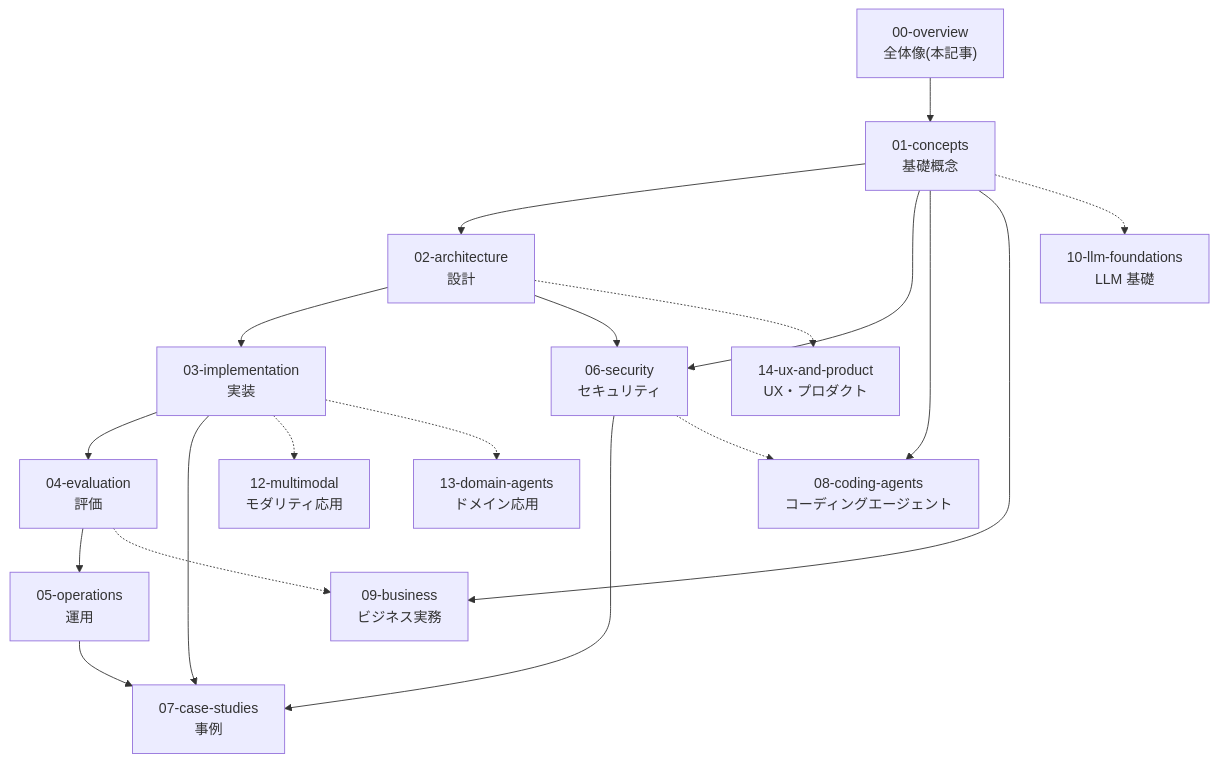
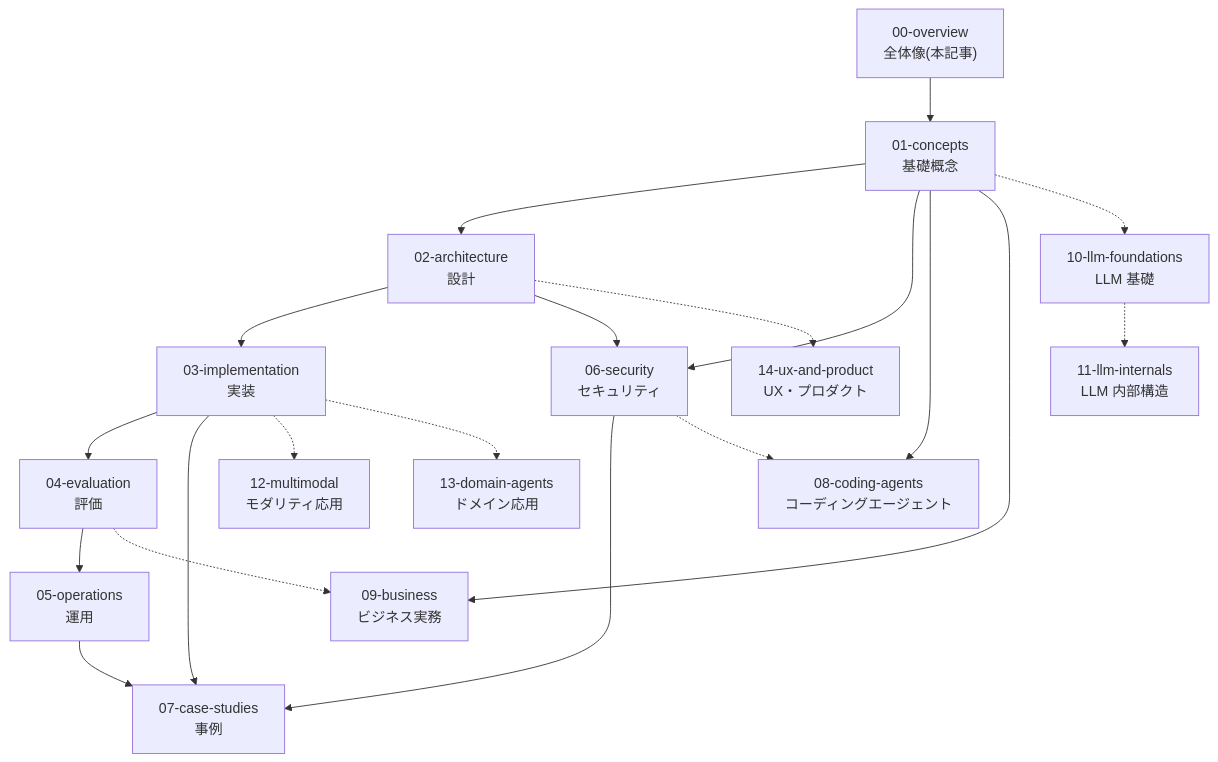
One commit to pero3dev/ai-agent-library changed the diagram in docs/00-overview/learning-roadmap.md. Above: the diagram before and after it, drawn with Mermaid. The commit also changed other lines of this file and 15 other files, not shown here.

First line of the commit message:
Phase U: LLM 内部構造(学術編)完結 — 推論機構・解釈可能性・文脈内学習を追加

````diff
--- a/docs/00-overview/learning-roadmap.md
+++ b/docs/00-overview/learning-roadmap.md
@@ -32,21 +32,22 @@
 ```mermaid
 flowchart TD
     O["00-overview<br/>全体像(本記事)"] --> C1["01-concepts<br/>基礎概念"]
     C1 --> A2["02-architecture<br/>設計"]
     A2 --> I3["03-implementation<br/>実装"]
     I3 --> E4["04-evaluation<br/>評価"]
     E4 --> P5["05-operations<br/>運用"]
     C1 --> S6["06-security<br/>セキュリティ"]
     A2 --> S6
     I3 --> CS7["07-case-studies<br/>事例"]
     S6 --> CS7
     P5 --> CS7
     C1 --> CA8["08-coding-agents<br/>コーディングエージェント"]
     S6 -.-> CA8
     C1 --> B9["09-business<br/>ビジネス実務"]
     E4 -.-> B9
     C1 -.-> F10["10-llm-foundations<br/>LLM 基礎"]
+    F10 -.-> I11["11-llm-internals<br/>LLM 内部構造"]
     I3 -.-> MM12["12-multimodal<br/>モダリティ応用"]
     I3 -.-> DA13["13-domain-agents<br/>ドメイン応用"]
     A2 -.-> UX14["14-ux-and-product<br/>UX・プロダクト"]
 ```
````
